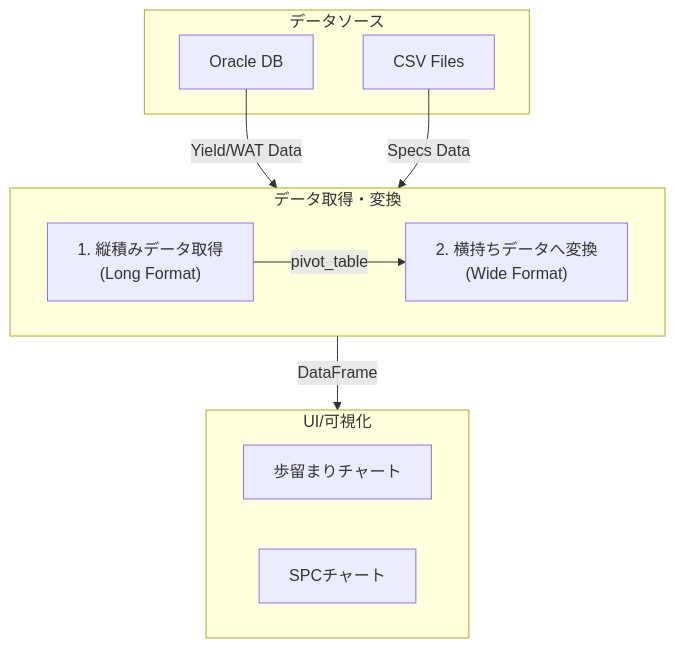
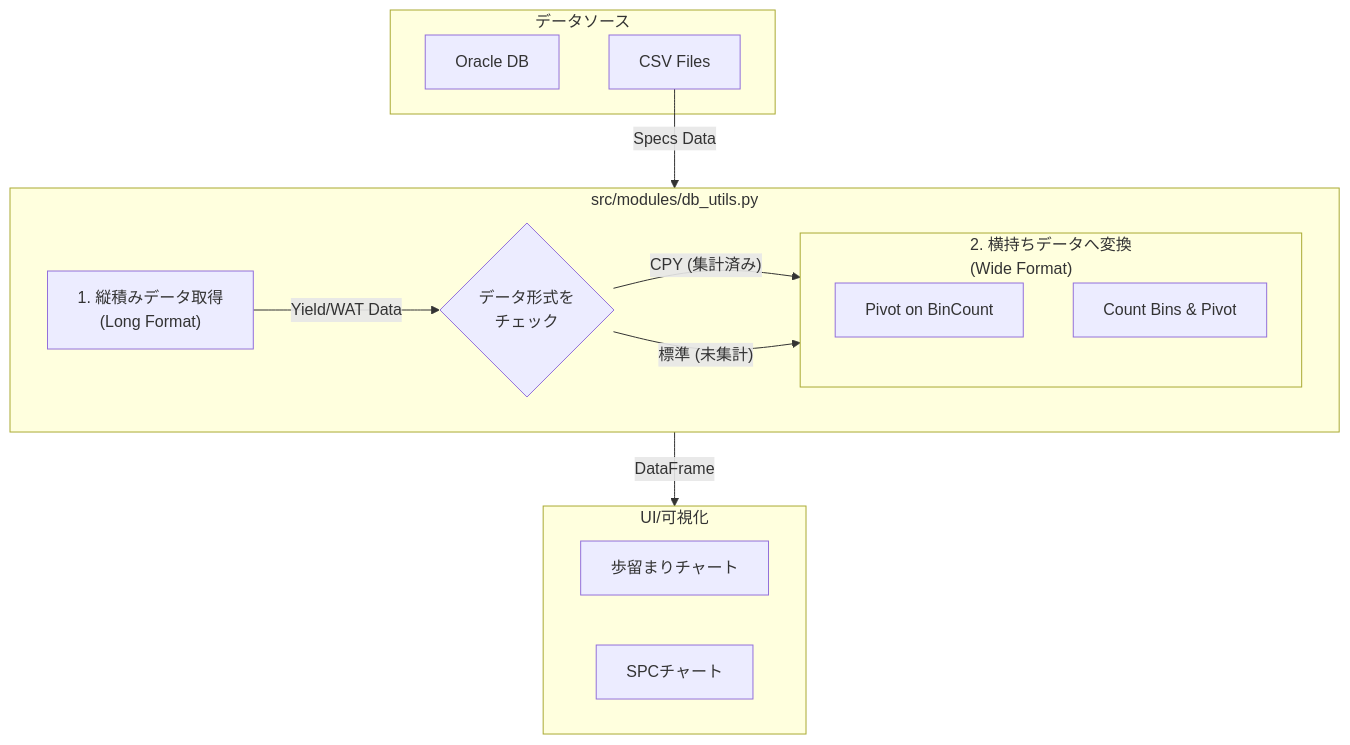
The diagram in README.md (Kei0bb/dashboard), drawn with Mermaid before and after one commit. The commit also changed other lines of this file and 2 other files, not shown here.

````diff
--- a/README.md
+++ b/README.md
@@ -68,17 +75,27 @@
 ```mermaid
 graph TD
     subgraph A [データソース]
-        A1[Oracle DB]
-        A2[CSV Files]
+        A1[Oracle DB];
+        A2[CSV Files];
     end
-    A1 -- Yield/WAT Data --> B(db_utils.py);
+
+    subgraph B [src/modules/db_utils.py]
+        direction LR
+        B1["1. 縦積みデータ取得<br>(Long Format)"]
+        B2{データ形式を<br>チェック};
+        B1 -- Yield/WAT Data --> B2;
+        B2 -- CPY (集計済み) --> B3a[Pivot on BinCount];
+        B2 -- 標準 (未集計) --> B3b[Count Bins & Pivot];
+        subgraph B3 ["2. 横持ちデータへ変換<br>(Wide Format)"]
+            direction TB
+            B3a & B3b;
+        end
+    end
+
     A2 -- Specs Data --> B;
-    subgraph B [データ取得・変換]
-        direction LR
-        B1["1. 縦積みデータ取得<br>(Long Format)"] -- pivot_table --> B2["2. 横持ちデータへ変換<br>(Wide Format)"];
-    end
-    B -- DataFrame --> C[pages/];
+    B3 -- DataFrame --> C[pages/];
+
     subgraph C [UI/可視化]
         C1[歩留まりチャート] & C2[SPCチャート];
     end
 ```
````
